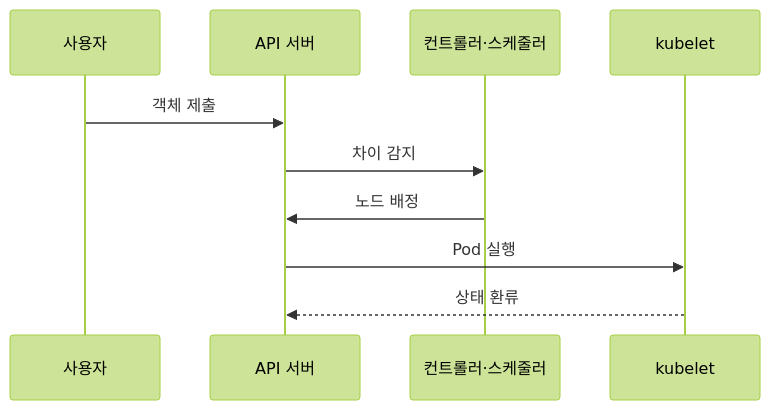
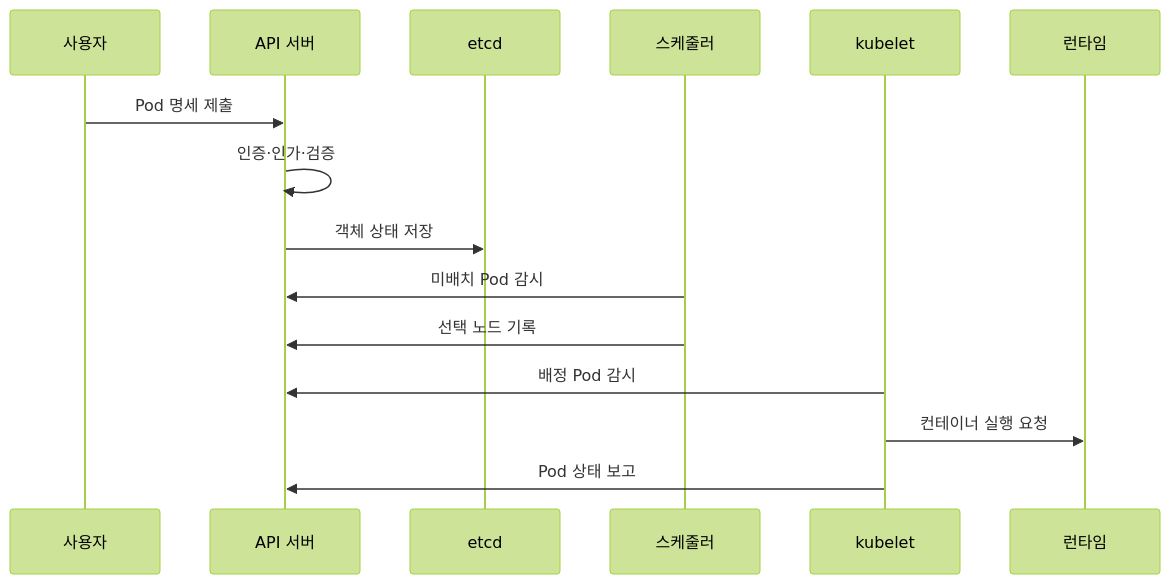
The second of 2 diagrams in src/content/docs/notes/03-software/152_kubernetes_architecture.md (agnusdei1207/knowledge-base), drawn with Mermaid (forest theme) before and after one commit. The commit also changed other lines of this file and 7 other files, not shown here.

````diff
--- a/src/content/docs/notes/03-software/152_kubernetes_architecture.md
+++ b/src/content/docs/notes/03-software/152_kubernetes_architecture.md
@@ -87,12 +86,17 @@
 ```mermaid
 sequenceDiagram
     participant U as 사용자
     participant A as API 서버
-    participant C as 컨트롤러·스케줄러
+    participant E as etcd
+    participant S as 스케줄러
     participant K as kubelet
-    U->>A: 객체 제출
-    A->>C: 차이 감지
-    C->>A: 노드 배정
-    A->>K: Pod 실행
-    K-->>A: 상태 환류
+    participant R as 런타임
+    U->>A: Pod 명세 제출
+    A->>A: 인증·인가·검증
+    A->>E: 객체 상태 저장
+    S->>A: 미배치 Pod 감시
+    S->>A: 선택 노드 기록
+    K->>A: 배정 Pod 감시
+    K->>R: 컨테이너 실행 요청
+    K->>A: Pod 상태 보고
 ```
````
